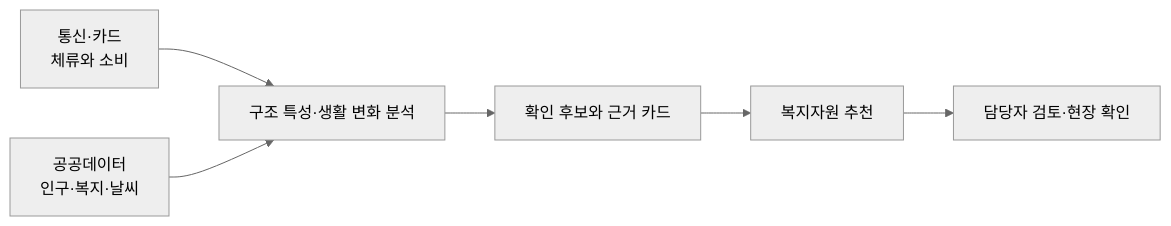
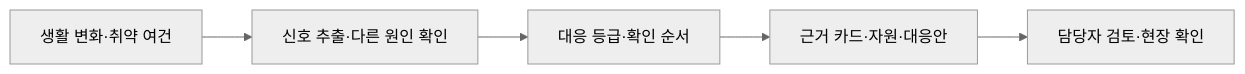
Before and after one commit to taeyeon715/BigDataContest_social-isolation-LINK-Radar: the diagram in README.md, drawn with Mermaid (neutral theme). The commit also changed other lines of this file and 9 other files, not shown here.

````diff
--- a/README.md
+++ b/README.md
@@ -176,8 +62,7 @@
 ```mermaid
 flowchart LR
-    A["통신·카드<br/>체류와 소비"] --> C["구조 특성·생활 변화 분석"]
-    B["공공데이터<br/>인구·복지·날씨"] --> C
-    C --> D["확인 후보와 근거 카드"]
-    D --> E["복지자원 추천"]
-    E --> F["담당자 검토·현장 확인"]
+    A["생활 변화·취약 여건"] --> B["신호 추출·다른 원인 확인"]
+    B --> C["대응 등급·확인 순서"]
+    C --> D["근거 카드·자원·대응안"]
+    D --> E["담당자 검토·현장 확인"]
 ```
````
